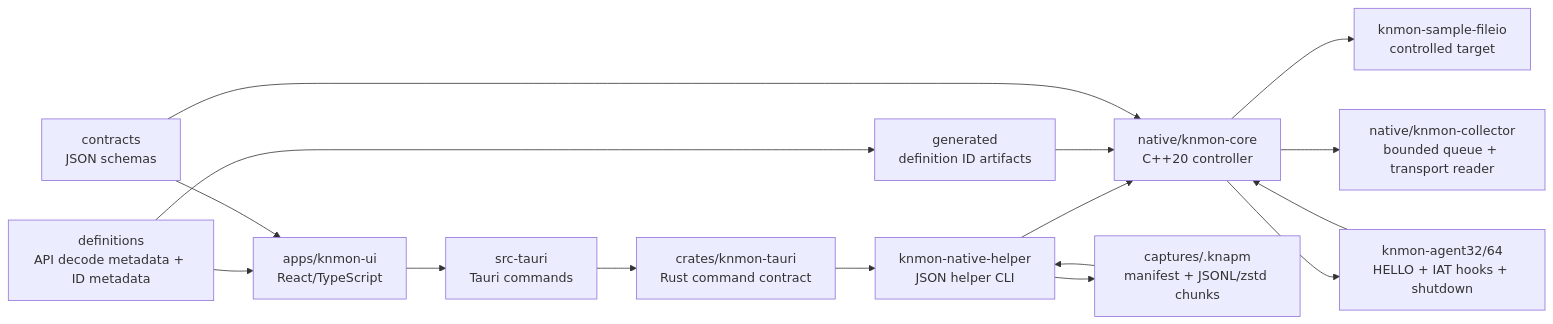
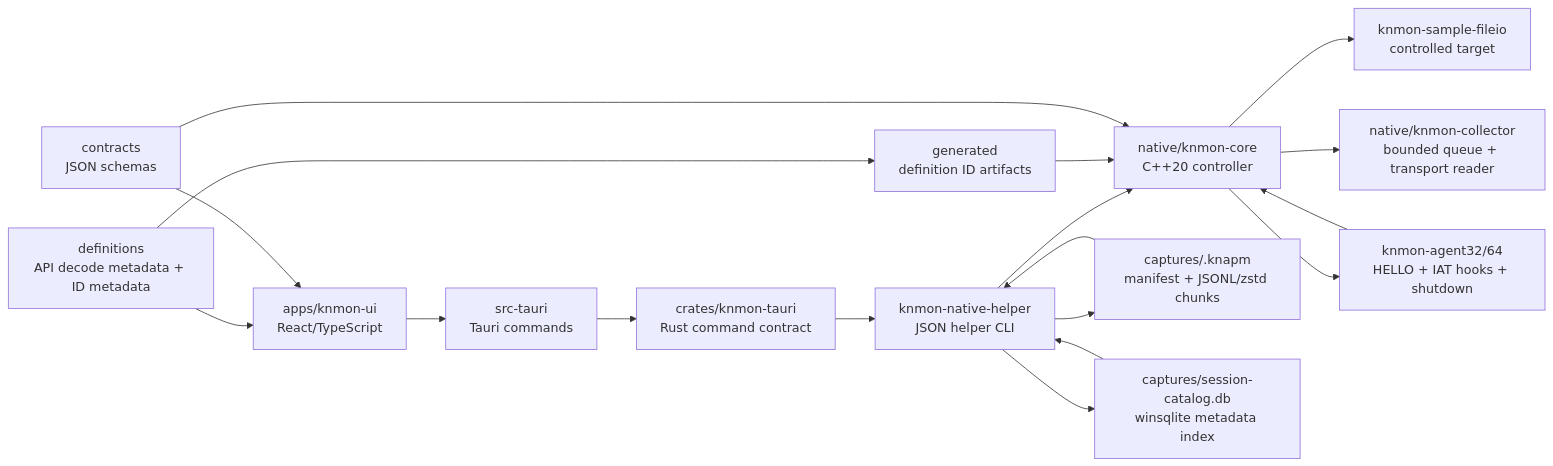
Before and after one commit to kernullist/KnWin32ApiMonitor: the diagram in docs/architecture.md, drawn with Mermaid. The commit also changed other lines of this file and 15 other files, not shown here.

Commit message:
Implement database-backed catalog index

````diff
--- a/docs/architecture.md
+++ b/docs/architecture.md
@@ -13,31 +13,34 @@
 ```mermaid
 flowchart LR
     UI["apps/knmon-ui<br/>React/TypeScript"]
     TAURI["src-tauri<br/>Tauri commands"]
     RUST["crates/knmon-tauri<br/>Rust command contract"]
     CORE["native/knmon-core<br/>C++20 controller"]
     COL["native/knmon-collector<br/>bounded queue + transport reader"]
     HELPER["knmon-native-helper<br/>JSON helper CLI"]
     SAMPLE["knmon-sample-fileio<br/>controlled target"]
     AGENT["knmon-agent32/64<br/>HELLO + IAT hooks + shutdown"]
     SESSION["captures/.knapm<br/>manifest + JSONL/zstd chunks"]
+    CATIDX["captures/session-catalog.db<br/>winsqlite metadata index"]
     DEF["definitions<br/>API decode metadata + ID metadata"]
     GEN["generated<br/>definition ID artifacts"]
     CONTRACT["contracts<br/>JSON schemas"]
 
     UI --> TAURI
     TAURI --> RUST
     RUST --> HELPER
     HELPER --> CORE
     CORE --> SAMPLE
     CORE --> AGENT
     AGENT --> CORE
     CORE --> COL
     HELPER --> SESSION
     SESSION --> HELPER
+    HELPER --> CATIDX
+    CATIDX --> HELPER
     DEF --> GEN
     GEN --> CORE
     DEF --> UI
     CONTRACT --> UI
     CONTRACT --> CORE
 ```
````
